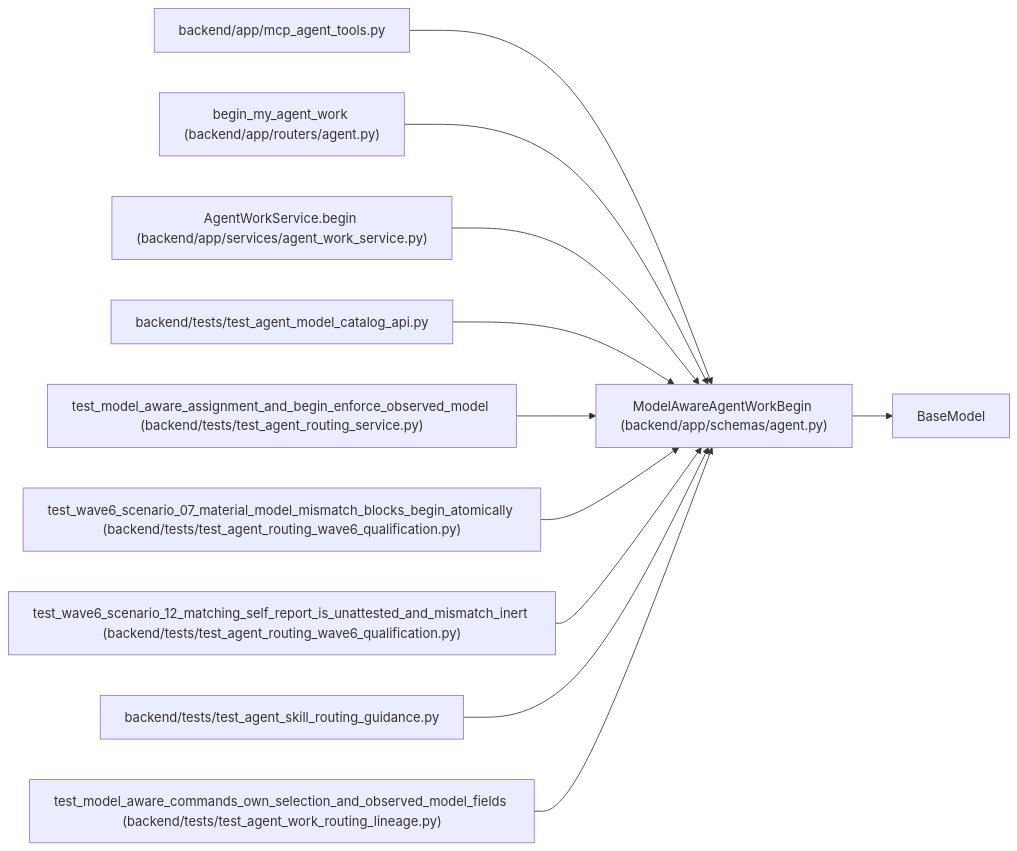
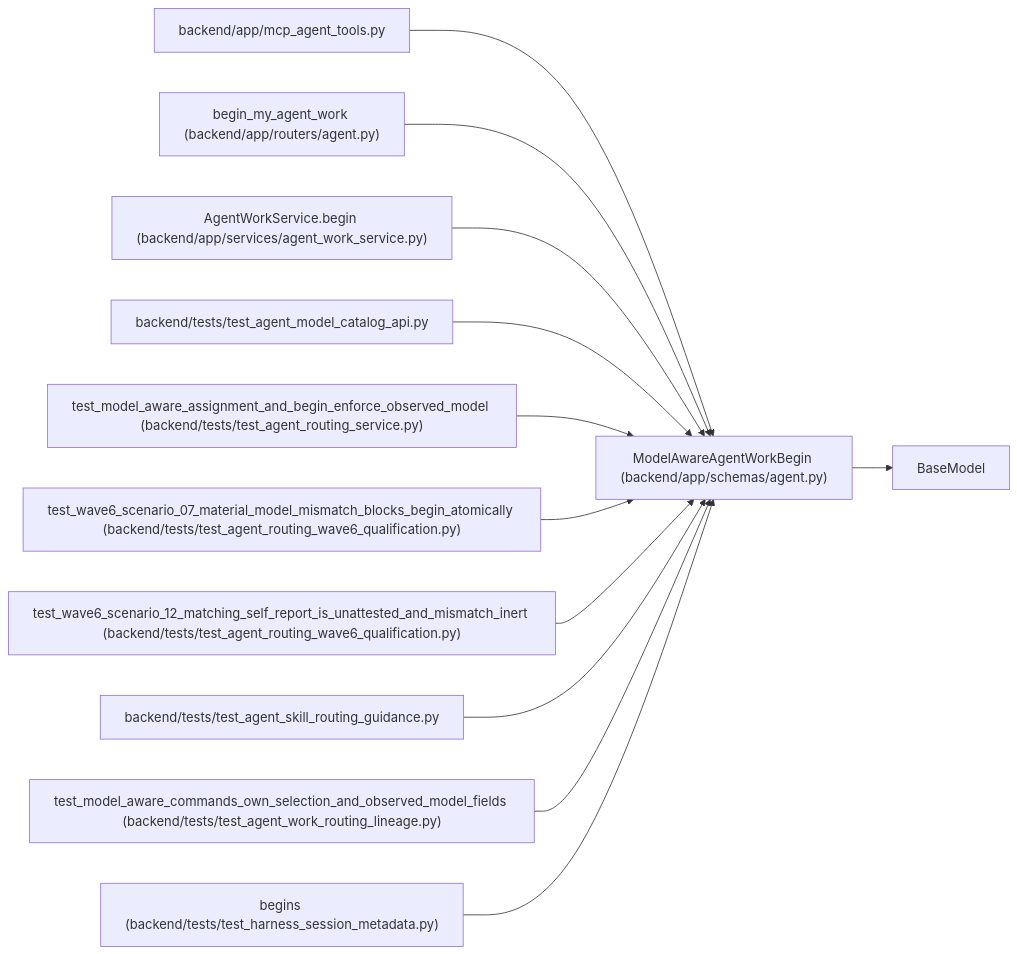
One commit to Denissvgn/WorkChord changed the diagram in docs/llm_wiki/entities/ModelAwareAgentWorkBegin.md. Above: the diagram before and after it, drawn with Mermaid. The commit also changed other lines of this file and 780 other files, not shown here.

````diff
--- a/docs/llm_wiki/entities/ModelAwareAgentWorkBegin.md
+++ b/docs/llm_wiki/entities/ModelAwareAgentWorkBegin.md
@@ -49,34 +49,37 @@
 ```mermaid
 flowchart LR
     n0["ModelAwareAgentWorkBegin (backend/app/schemas/agent.py)"]
     n1["BaseModel"]
     n2["backend/app/mcp_agent_tools.py"]
     n3["begin_my_agent_work (backend/app/routers/agent.py)"]
     n4["AgentWorkService.begin (backend/app/services/agent_work_service.py)"]
     n5["backend/tests/test_agent_model_catalog_api.py"]
     n6["test_model_aware_assignment_and_begin_enforce_observed_model (backend/tests/test_agent_routing_service.py)"]
     n7["test_wave6_scenario_07_material_model_mismatch_blocks_begin_atomically (backend/tests/test_agent_routing_wave6_qualification.py)"]
     n8["test_wave6_scenario_12_matching_self_report_is_unattested_and_mismatch_inert (backend/tests/test_agent_routing_wave6_qualification.py)"]
     n9["backend/tests/test_agent_skill_routing_guidance.py"]
     n10["test_model_aware_commands_own_selection_and_observed_model_fields (backend/tests/test_agent_work_routing_lineage.py)"]
+    n11["begins (backend/tests/test_harness_session_metadata.py)"]
     n0 --> n1
     n2 --> n0
     n3 --> n0
     n4 --> n0
     n5 --> n0
     n6 --> n0
     n7 --> n0
     n8 --> n0
     n9 --> n0
     n10 --> n0
+    n11 --> n0
     click n0 "../modules/schemas_agent.md"
     click n2 "../modules/mcp_agent_tools.md"
     click n3 "../modules/routers_agent.md"
     click n4 "../modules/agent_work_service.md"
     click n5 "../modules/test_agent_model_catalog_api.md"
     click n6 "../modules/test_agent_routing_service.md"
     click n7 "../modules/test_agent_routing_wave6_qualification.md"
     click n8 "../modules/test_agent_routing_wave6_qualification.md"
     click n9 "../modules/test_agent_skill_routing_guidance.md"
     click n10 "../modules/test_agent_work_routing_lineage.md"
+    click n11 "../modules/test_harness_session_metadata.md"
 ```
````
